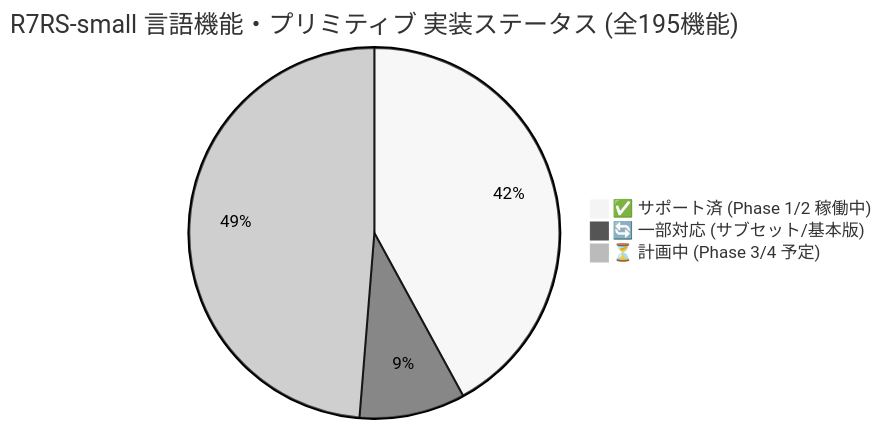
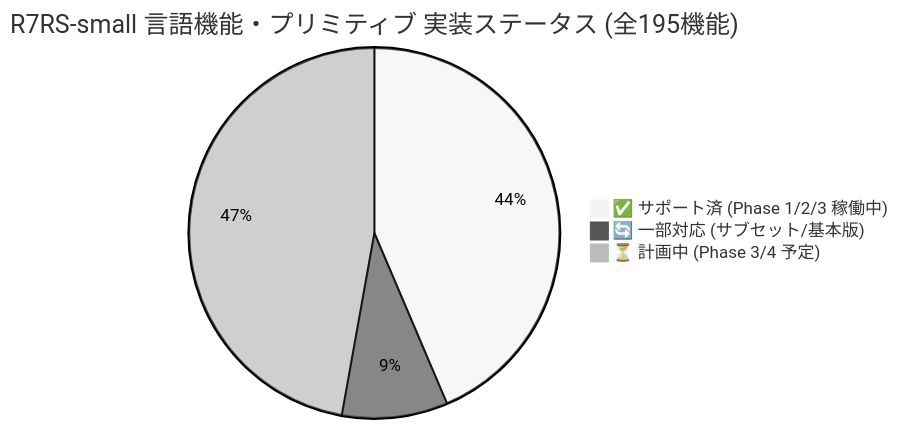
One commit to rokujyouhitoma/arxiv-security-papers changed the first of 3 diagrams in ilisp/docs/SPEC_R7RS.md. Above: the diagram before and after it, drawn with Mermaid (neutral theme). The commit also changed other lines of this file and 6 other files, not shown here.

````diff
--- a/ilisp/docs/SPEC_R7RS.md
+++ b/ilisp/docs/SPEC_R7RS.md
@@ -17,6 +17,6 @@
 ```mermaid
 pie title R7RS-small 言語機能・プリミティブ 実装ステータス (全195機能)
-    "✅ サポート済 (Phase 1/2 稼働中)" : 82
+    "✅ サポート済 (Phase 1/2/3 稼働中)" : 85
     "🔄 一部対応 (サブセット/基本版)" : 18
-    "⏳ 計画中 (Phase 3/4 予定)" : 95
+    "⏳ 計画中 (Phase 3/4 予定)" : 92
 ```
````
